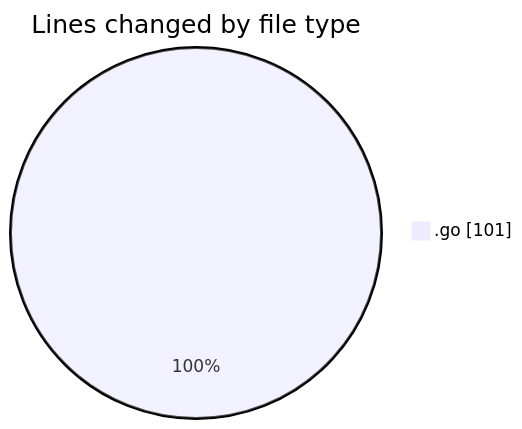
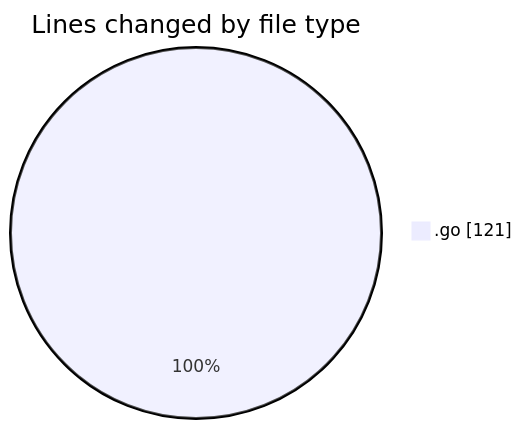
Before and after one commit to robertbonfada/code-tracking: the first of 2 diagrams in 2025-03-03/termonied_testador/README.md, drawn with Mermaid. The commit also changed other lines of this file and 1 other file, not shown here.

````diff
--- a/2025-03-03/termonied_testador/README.md
+++ b/2025-03-03/termonied_testador/README.md
@@ -20,5 +20,5 @@
 ```mermaid
 pie showData
 title Lines changed by file type
-".go" : 101
+".go" : 121
 ```
````
